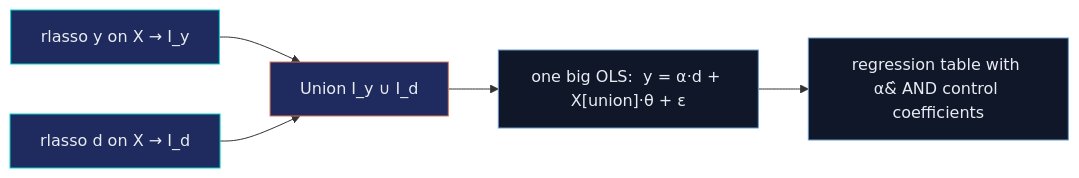
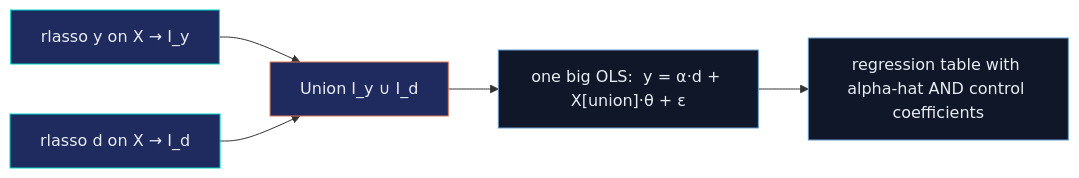
One commit to cmg777/starter-academic-v501 changed the third of 4 diagrams in content/post/stata_double_lasso/index.md. Above: the diagram before and after it, drawn with Mermaid. The commit also changed other lines of this file and 7 other files, not shown here.

First line of the commit message:
double_lasso: fix broken Mermaid diacritics + Stata figure spacing

````diff
--- a/content/post/stata_double_lasso/index.md
+++ b/content/post/stata_double_lasso/index.md
@@ -436,12 +436,12 @@
 ```mermaid
 flowchart LR
     L1["rlasso y on X &rarr; I_y"] --> U["Union I_y &cup; I_d"]
     L2["rlasso d on X &rarr; I_d"] --> U
     U --> O["one big OLS:&nbsp; y = &alpha;&middot;d + X[union]&middot;&theta; + &epsilon;"]
-    O --> R["regression table with &alpha;&#770; AND control coefficients"]
+    O --> R["regression table with alpha-hat AND control coefficients"]
     style L1 fill:#1f2b5e,stroke:#00d4c8,color:#e8ecf2
     style L2 fill:#1f2b5e,stroke:#00d4c8,color:#e8ecf2
     style U fill:#1f2b5e,stroke:#d97757,color:#e8ecf2
     style O fill:#0f1729,stroke:#6a9bcc,color:#e8ecf2
     style R fill:#0f1729,stroke:#6a9bcc,color:#e8ecf2
 ```
````
